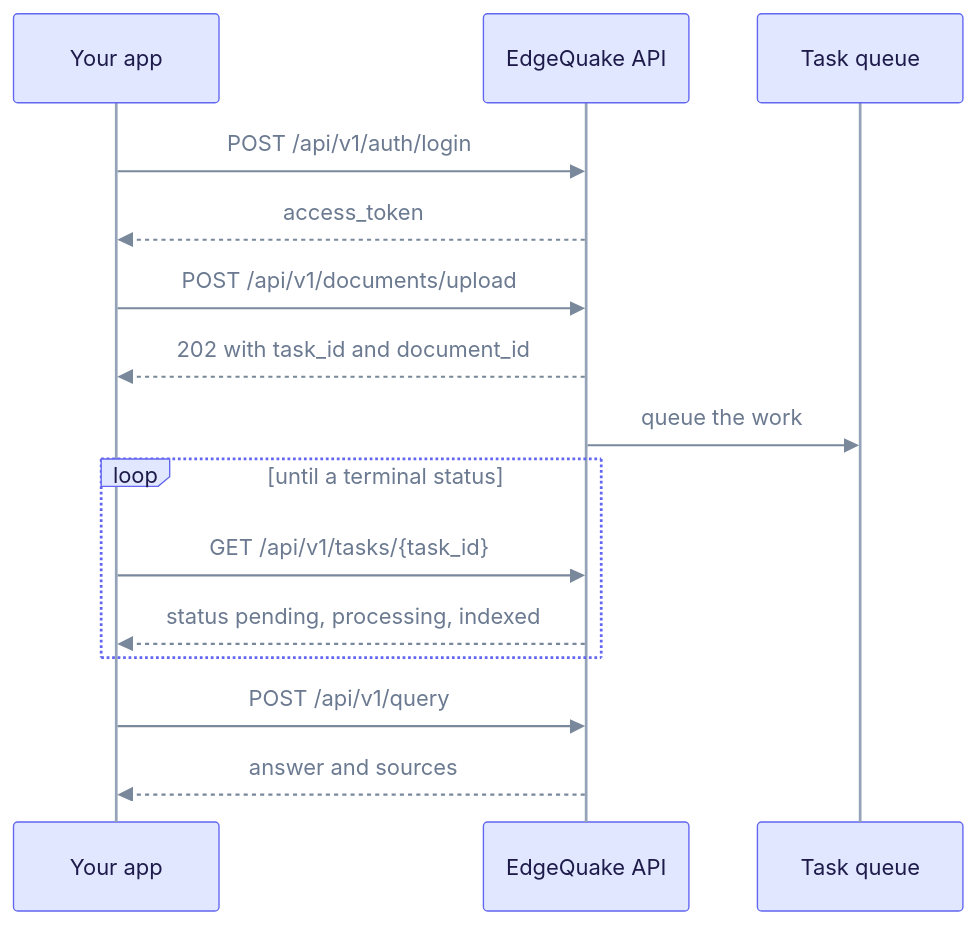
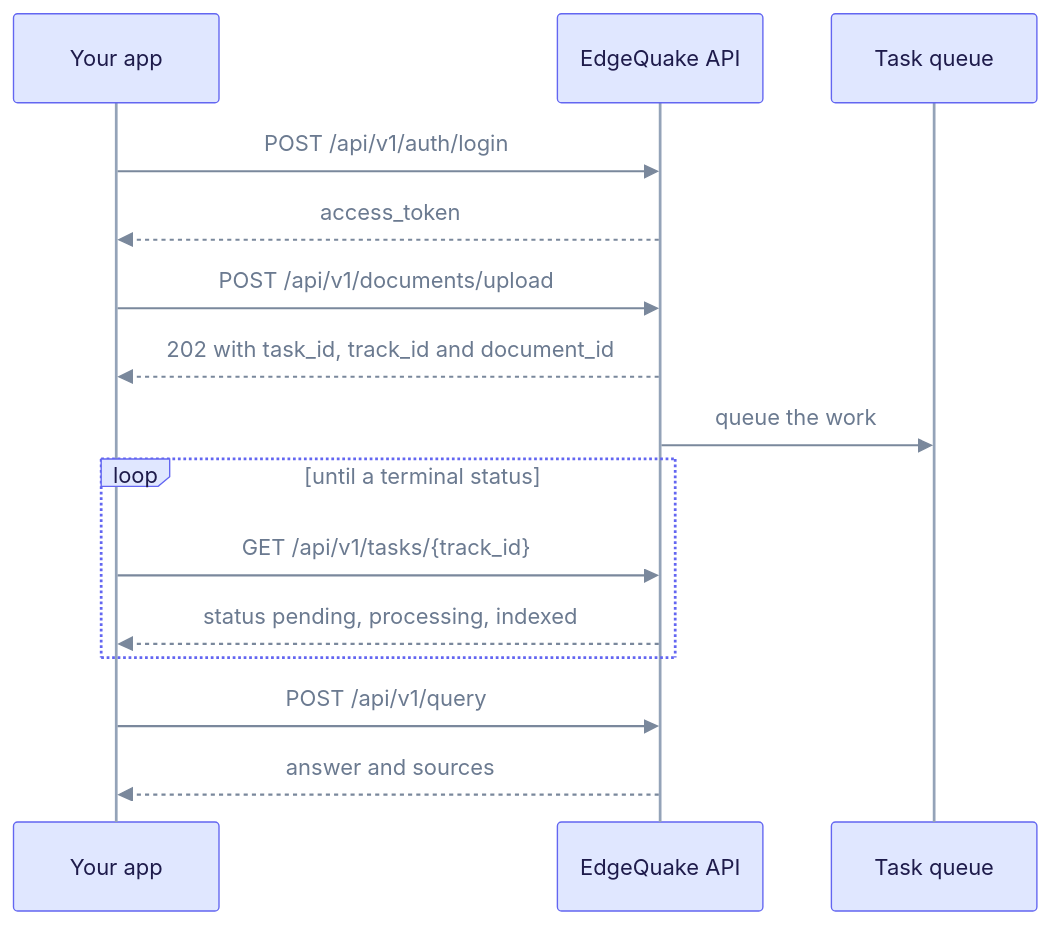
One commit to raphaelmansuy/edgequake changed the second of 2 diagrams in docs/api-reference/index.md. Above: the diagram before and after it, drawn with Mermaid. The commit also changed other lines of this file and 194 other files, not shown here.

First line of the commit message:
Refresh docs against code and rebuild schema E/R as progressive steps

````diff
--- a/docs/api-reference/index.md
+++ b/docs/api-reference/index.md
@@ -58,19 +58,19 @@
 ```mermaid
 %%{init: {"theme":"base","themeVariables":{"primaryColor":"#E0E7FF","primaryBorderColor":"#6366F1","primaryTextColor":"#1E1B4B","secondaryColor":"#D1FAE5","secondaryBorderColor":"#10B981","secondaryTextColor":"#064E3B","tertiaryColor":"#FEF3C7","tertiaryBorderColor":"#F59E0B","tertiaryTextColor":"#6B7A90","lineColor":"#7A889C","clusterBkg":"rgba(99,102,241,0.07)","clusterBorder":"#A5B4FC","noteBkgColor":"#FEF9C3","noteTextColor":"#422006","textColor":"#6B7A90","titleColor":"#6B7A90","signalColor":"#7A889C","signalTextColor":"#6B7A90","loopTextColor":"#6B7A90","edgeLabelBackground":"#F1F5F9","actorLineColor":"#94A3B8"}}}%%
 %% eq-theme:v1
 sequenceDiagram
     participant App as Your app
     participant API as EdgeQuake API
     participant Q as Task queue
     App->>API: POST /api/v1/auth/login
     API-->>App: access_token
     App->>API: POST /api/v1/documents/upload
-    API-->>App: 202 with task_id and document_id
+    API-->>App: 202 with task_id, track_id and document_id
     API->>Q: queue the work
     loop until a terminal status
-        App->>API: GET /api/v1/tasks/{task_id}
+        App->>API: GET /api/v1/tasks/{track_id}
         API-->>App: status pending, processing, indexed
     end
     App->>API: POST /api/v1/query
     API-->>App: answer and sources
 ```
````
